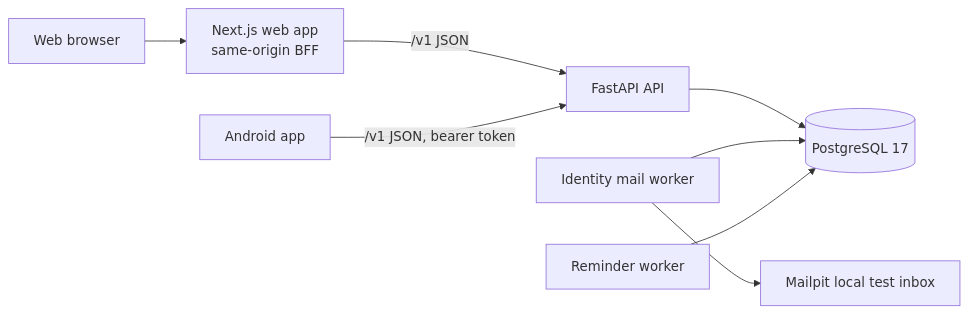
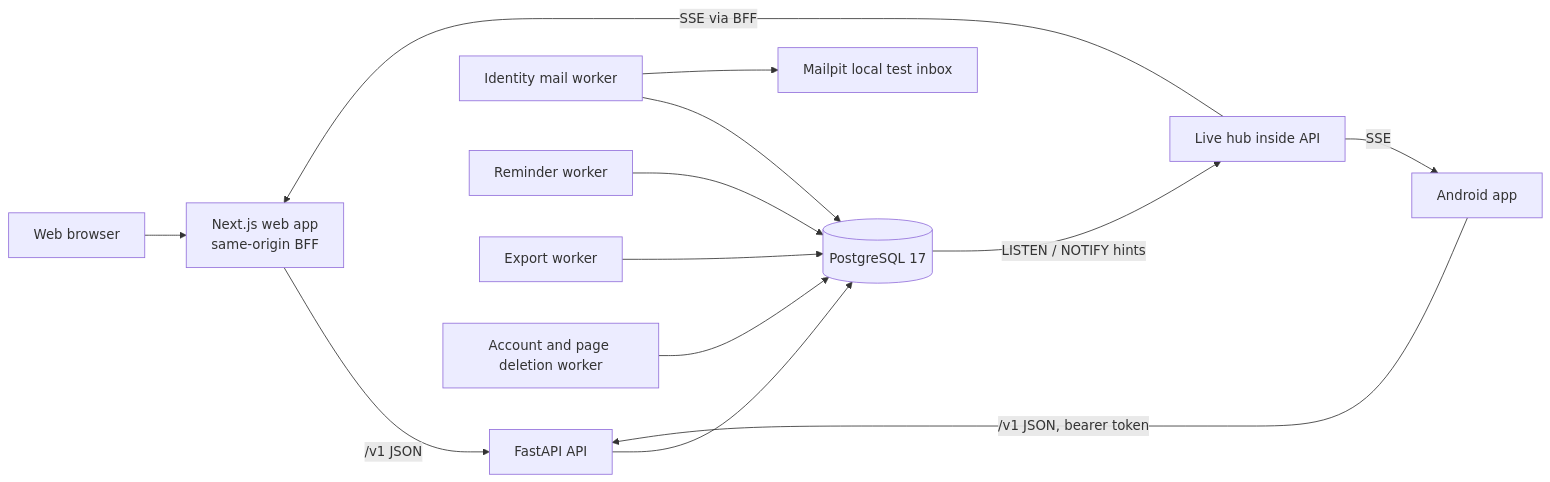
One commit to GopiB9119/app changed the diagram in docs/ARCHITECTURE.md. Above: the diagram before and after it, drawn with Mermaid. The commit also changed other lines of this file and 268 other files, not shown here.

````diff
--- a/docs/ARCHITECTURE.md
+++ b/docs/ARCHITECTURE.md
@@ -16,10 +16,15 @@
 ```mermaid
 flowchart LR
   Browser[Web browser] --> Web["Next.js web app<br/>same-origin BFF"]
   Web -->|"/v1 JSON"| API[FastAPI API]
   Android[Android app] -->|"/v1 JSON, bearer token"| API
   API --> DB[(PostgreSQL 17)]
   MailWorker[Identity mail worker] --> DB
   MailWorker --> Mailpit[Mailpit local test inbox]
   ReminderWorker[Reminder worker] --> DB
+  ExportWorker[Export worker] --> DB
+  DeletionWorker[Account and page deletion worker] --> DB
+  DB -->|"LISTEN / NOTIFY hints"| Live[Live hub inside API]
+  Live -->|"SSE via BFF"| Web
+  Live -->|"SSE"| Android
 ```
````
